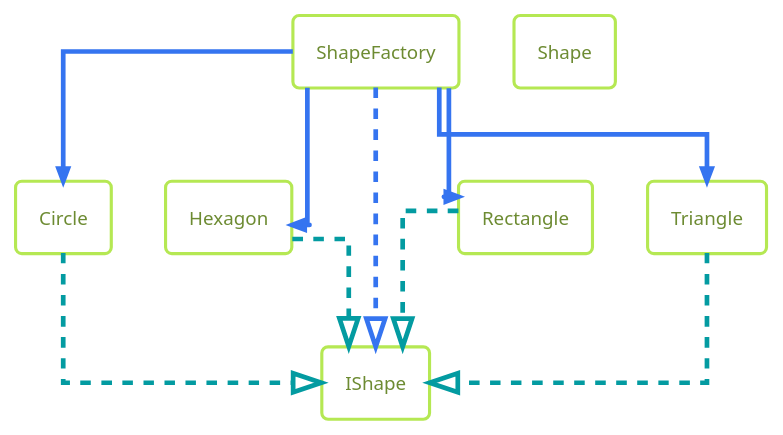
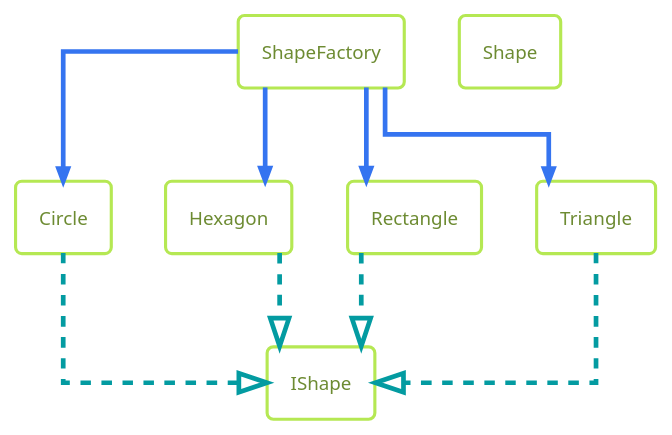
One commit to PeterRookeKainos/PetesSandbox changed the diagram in Shapes/Shapes/ShapesUsingFactory.plantuml. Above: the diagram before and after it, drawn with PlantUML. The commit also changed 2 other files, not shown here.

Commit message:
(Shape) remove unneeded inheritance link in the factory class - modify diagrams

```diff
--- a/Shapes/Shapes/ShapesUsingFactory.plantuml
+++ b/Shapes/Shapes/ShapesUsingFactory.plantuml
@@ -1,25 +1,24 @@
 @startuml
 
 !theme hacker
 top to bottom direction
 skinparam linetype ortho
 
 rectangle Circle
 rectangle Hexagon
 rectangle IShape
 rectangle Rectangle
 rectangle Shape
 rectangle ShapeFactory
 rectangle Triangle
 
 Circle        -[#039ba1,dashed]-^  IShape       
 Hexagon       -[#039ba1,dashed]-^  IShape       
 Rectangle     -[#039ba1,dashed]-^  IShape           
 Triangle      -[#039ba1,dashed]-^  IShape
 
-ShapeFactory -[#3574f0,dashed]-^ IShape
 ShapeFactory -[#3574f0,plain]->> Circle
 ShapeFactory -[#3574f0,plain]->> Hexagon  
 ShapeFactory -[#3574f0,plain]->> Rectangle
 ShapeFactory -[#3574f0,plain]->> Triangle
 @enduml
```
